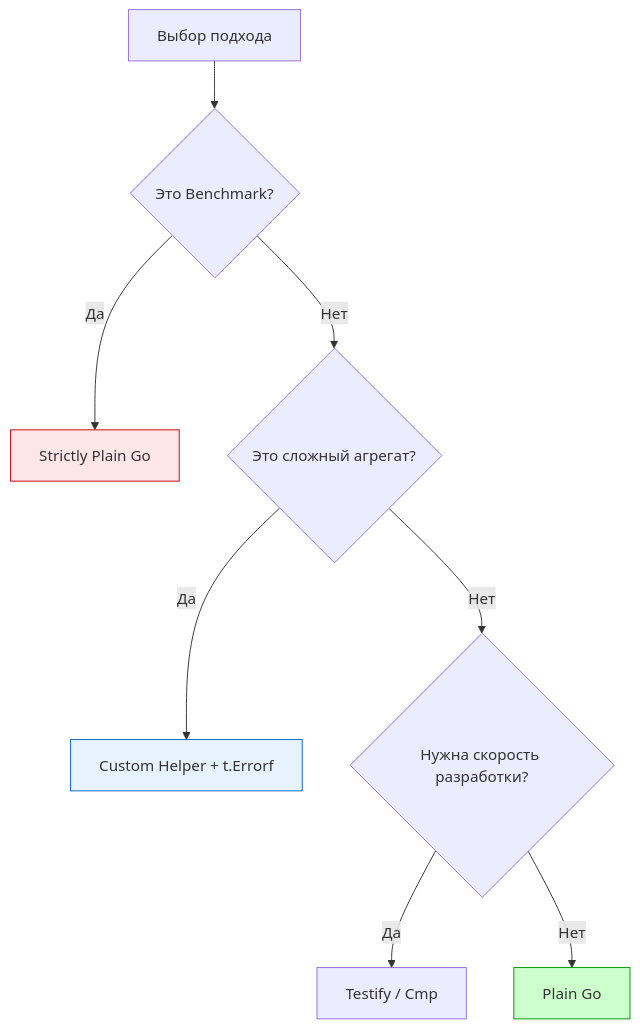
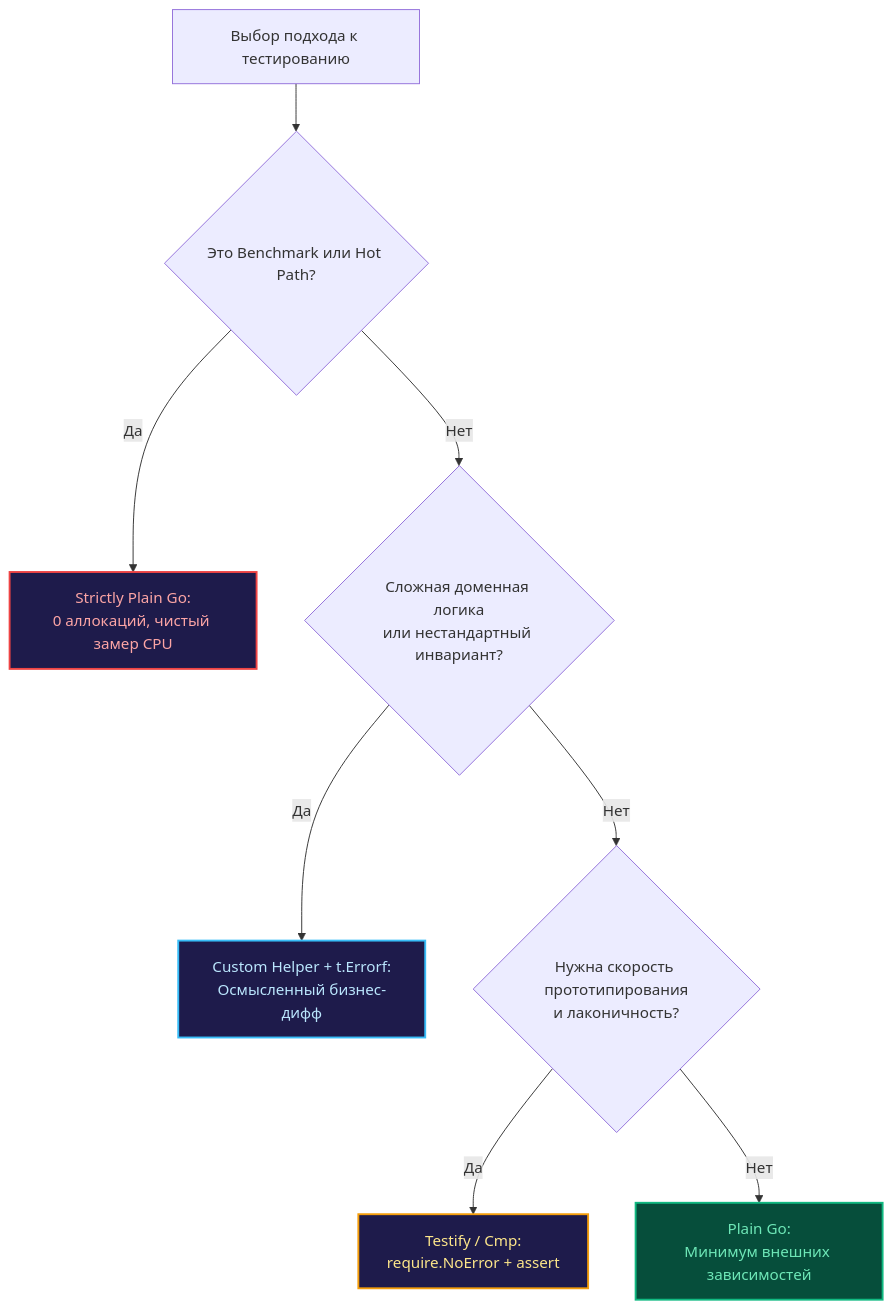
One commit to UnrealTemplier/go-textbook changed the diagram in sources/15. Тестирование в Go (QA & Testing)/03. Assertions и tooling/6. Когда не нужны assertion библиотеки.md. Above: the diagram before and after it, drawn with Mermaid. The commit also changed other lines of this file, not shown here.

````diff
--- a/sources/15. Тестирование в Go (QA & Testing)/03. Assertions и tooling/6. Когда не нужны assertion библиотеки.md
+++ b/sources/15. Тестирование в Go (QA & Testing)/03. Assertions и tooling/6. Когда не нужны assertion библиотеки.md
@@ -56,14 +77,15 @@
 ```mermaid
 graph TD
-    A["Выбор подхода"] --> B{"Это Benchmark?"}
-    B -->|Да| C["Strictly Plain Go"]
-    B -->|Нет| D{"Это сложный агрегат?"}
-    D -->|Да| E["Custom Helper + t.Errorf"]
-    D -->|Нет| F{"Нужна скорость разработки?"}
-    F -->|Да| G["Testify / Cmp"]
-    F -->|Нет| H["Plain Go"]
+    A["Выбор подхода к тестированию"] --> B{"Это Benchmark или Hot Path?"}
+    B -->|"Да"| C["Strictly Plain Go:<br/>0 аллокаций, чистый замер CPU"]
+    B -->|"Нет"| D{"Сложная доменная логика<br/>или нестандартный инвариант?"}
+    D -->|"Да"| E["Custom Helper + t.Errorf:<br/>Осмысленный бизнес-дифф"]
+    D -->|"Нет"| F{"Нужна скорость прототипирования<br/>и лаконичность?"}
+    F -->|"Да"| G["Testify / Cmp:<br/>require.NoError + assert"]
+    F -->|"Нет"| H["Plain Go:<br/>Минимум внешних зависимостей"]
     
-    style C fill:#ffe6e6,stroke:#cc0000
-    style E fill:#e6f3ff,stroke:#0066cc
-    style H fill:#ccffcc,stroke:#009900
+    style C fill:#1e1b4b,stroke:#ef4444,stroke-width:2px,color:#fca5a5
+    style E fill:#1e1b4b,stroke:#38bdf8,stroke-width:2px,color:#bae6fd
+    style G fill:#1e1b4b,stroke:#f59e0b,stroke-width:2px,color:#fde68a
+    style H fill:#064e3b,stroke:#10b981,stroke-width:2px,color:#6ee7b7
 ```
````
